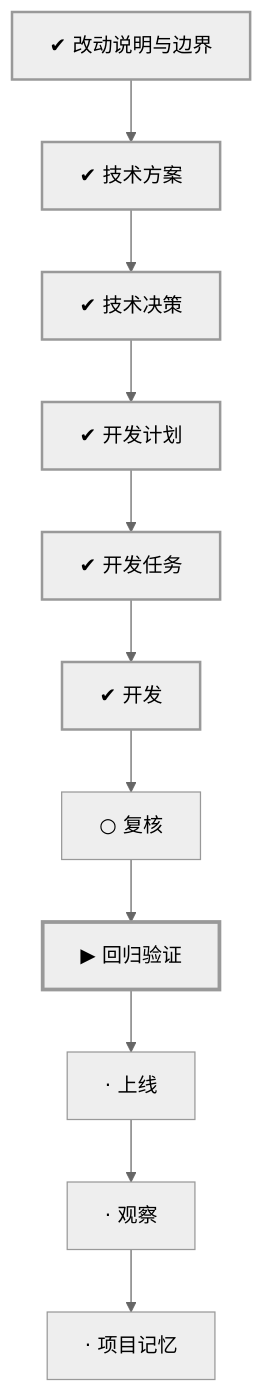
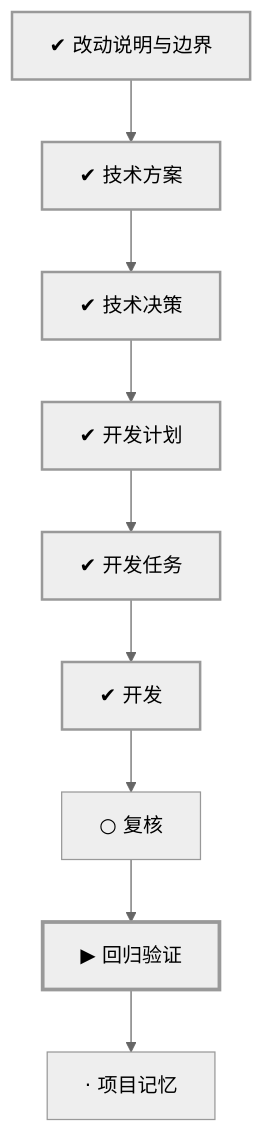
The diagram in development/works/WORK-018/00-work.md (charon2121/cherry-oj), drawn with Mermaid (neutral theme) before and after one commit. The commit also changed other lines of this file and 85 other files, not shown here.

````diff
--- a/development/works/WORK-018/00-work.md
+++ b/development/works/WORK-018/00-work.md
@@ -43,21 +43,19 @@
 ```mermaid
 flowchart TD
     definition["✔ 改动说明与边界"]
     design["✔ 技术方案"]
     decision["✔ 技术决策"]
     plan["✔ 开发计划"]
     tasks["✔ 开发任务"]
     development["✔ 开发"]
     review["○ 复核"]
     verification["▶ 回归验证"]
-    release["· 上线"]
-    observe["· 观察"]
     memory["· 项目记忆"]
-    definition --> design --> decision --> plan --> tasks --> development --> review --> verification --> release --> observe --> memory
+    definition --> design --> decision --> plan --> tasks --> development --> review --> verification --> memory
     classDef done stroke-width:2px
     classDef doing stroke-width:3px
     classDef skipped stroke-dasharray:4 3
     classDef blocked stroke-width:3px,stroke-dasharray:2 2
     class definition,design,decision,plan,tasks,development done
     class verification doing
 ```
````
